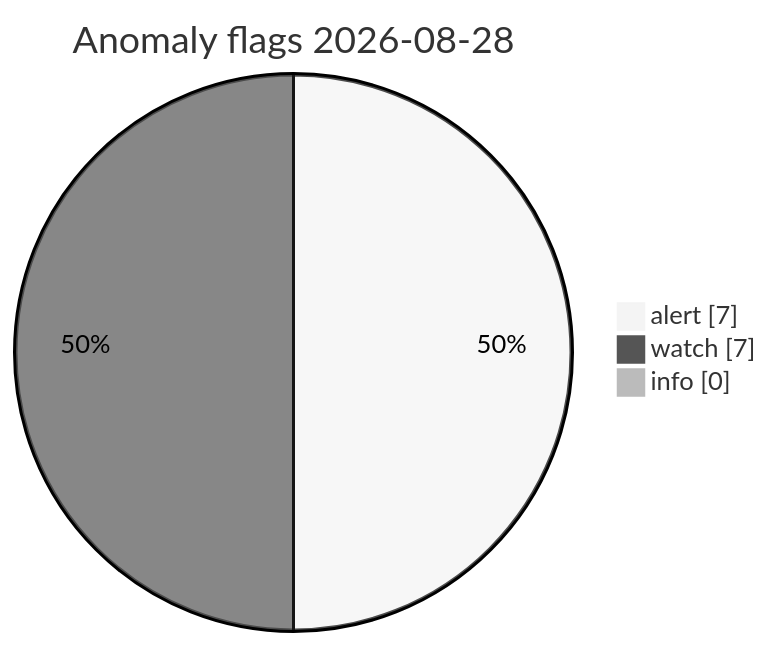
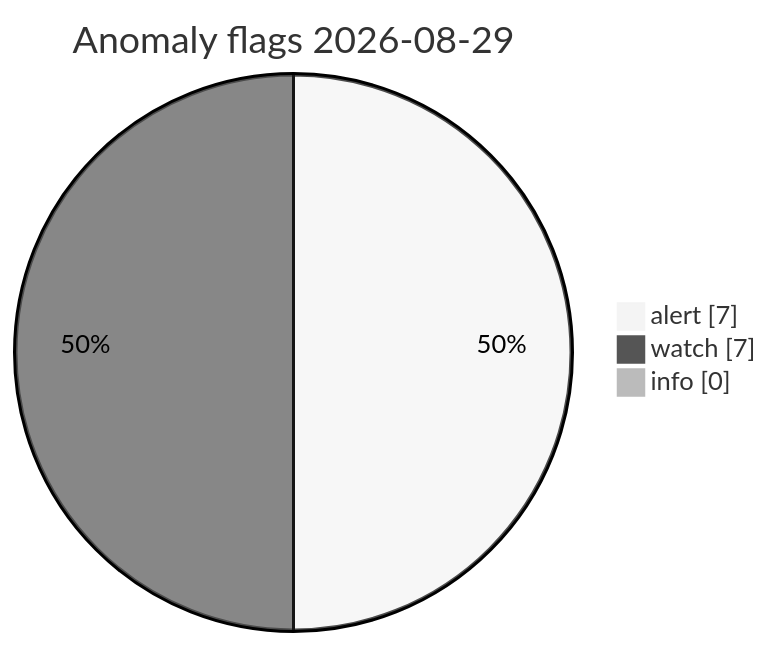
The diagram in visuals/latest/CHARTS.md (Midwest-Stratospheric/Unified-Open-Global-Weather), drawn with Mermaid (neutral theme) before and after one commit. The commit also changed other lines of this file and 11 other files, not shown here.

Commit message:
data(visuals): automated charts 2026-08-29T06:23Z

````diff
--- a/visuals/latest/CHARTS.md
+++ b/visuals/latest/CHARTS.md
@@ -73,7 +73,7 @@
 ```mermaid
 pie showData
-  title Anomaly flags 2026-08-28
+  title Anomaly flags 2026-08-29
   "alert" : 7
   "watch" : 7
   "info" : 0
 ```
````
